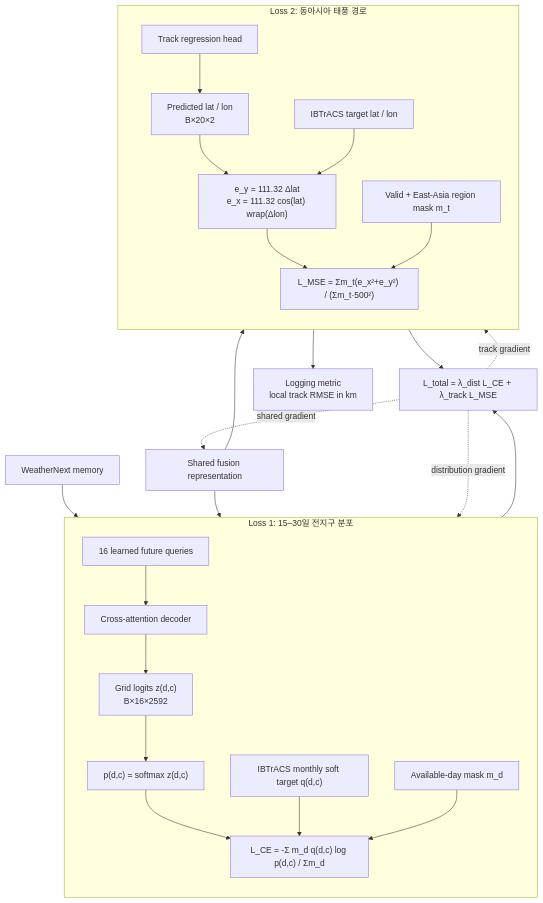
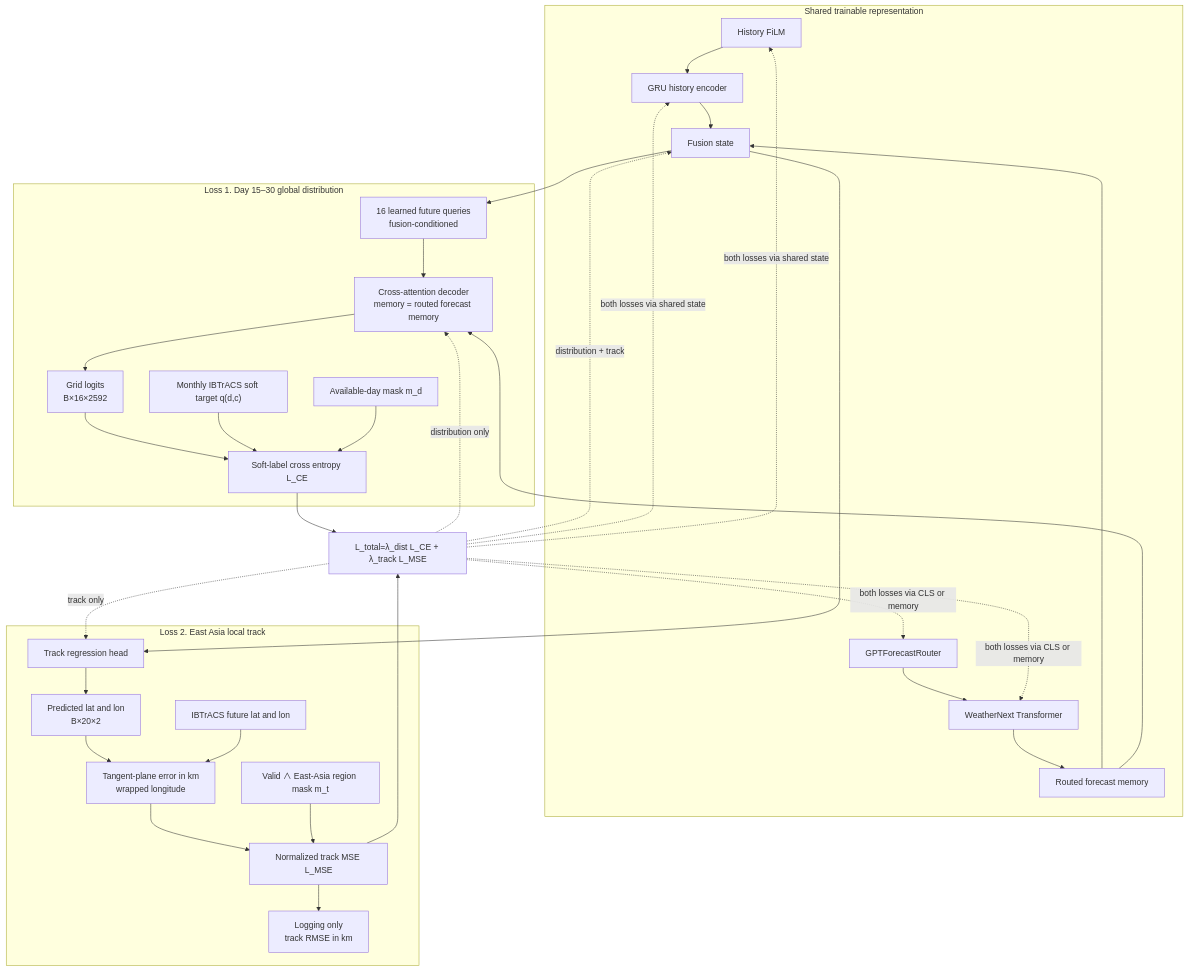
Before and after one commit to nayehyeon61-glitch/typnonn_preesure_data_loader: the diagram in struct-picture/04-dual-loss-training.md, drawn with Mermaid. The commit also changed other lines of this file and 11 other files, not shown here.

Commit message:
Align GPT router diagrams with implementation

````diff
--- a/struct-picture/04-dual-loss-training.md
+++ b/struct-picture/04-dual-loss-training.md
@@ -3,53 +3,64 @@
 ```mermaid
 flowchart TB
-    MEM["WeatherNext memory"]
-    FUSION["Shared fusion representation"]
-
-    subgraph DIST["Loss 1: 15–30일 전지구 분포"]
-        direction TB
-        QUERY["16 learned future queries"]
-        DEC["Cross-attention decoder"]
-        LOGIT["Grid logits z(d,c)<br/>B×16×2592"]
-        SOFTMAX["p(d,c) = softmax z(d,c)"]
-        QT["IBTrACS monthly soft target q(d,c)"]
-        DMASK["Available-day mask m_d"]
-        CE["L_CE = -Σ m_d q(d,c) log p(d,c) / Σm_d"]
+    subgraph SHARED["Shared trainable representation"]
+        FILM["History FiLM"]
+        GRU["GRU history encoder"]
+        ROUTER["GPTForecastRouter"]
+        TF["WeatherNext Transformer"]
+        MEM["Routed forecast memory"]
+        FUSION["Fusion state"]
     end
 
+    FILM --> GRU
+    ROUTER --> TF
+    TF --> MEM
+    GRU --> FUSION
+    MEM --> FUSION
+
+    subgraph DIST["Loss 1. Day 15–30 global distribution"]
+        QUERY["16 learned future queries<br/>fusion-conditioned"]
+        DEC["Cross-attention decoder<br/>memory = routed forecast memory"]
+        LOGIT["Grid logits<br/>B×16×2592"]
+        TARGET["Monthly IBTrACS soft target q(d,c)"]
+        DMASK["Available-day mask m_d"]
+        CE["Soft-label cross entropy L_CE"]
+    end
+
+    FUSION --> QUERY
     QUERY --> DEC
     MEM --> DEC
-    FUSION --> DEC
     DEC --> LOGIT
-    LOGIT --> SOFTMAX
-    SOFTMAX --> CE
-    QT --> CE
+    LOGIT --> CE
+    TARGET --> CE
     DMASK --> CE
 
-    subgraph TRACK["Loss 2: 동아시아 태풍 경로"]
-        direction TB
+    subgraph TRACK["Loss 2. East Asia local track"]
         HEAD["Track regression head"]
-        PRED["Predicted lat / lon<br/>B×20×2"]
-        TARGET["IBTrACS target lat / lon"]
-        TMASK["Valid + East-Asia region mask m_t"]
-        KM["e_y = 111.32 Δlat<br/>e_x = 111.32 cos(lat) wrap(Δlon)"]
-        MSE["L_MSE = Σm_t(e_x²+e_y²) / (Σm_t·500²)"]
+        PRED["Predicted lat and lon<br/>B×20×2"]
+        OBS["IBTrACS future lat and lon"]
+        TMASK["Valid ∧ East-Asia region mask m_t"]
+        KM["Tangent-plane error in km<br/>wrapped longitude"]
+        MSE["Normalized track MSE L_MSE"]
+        RMSE["Logging only<br/>track RMSE in km"]
     end
 
     FUSION --> HEAD
     HEAD --> PRED
     PRED --> KM
-    TARGET --> KM
+    OBS --> KM
     KM --> MSE
     TMASK --> MSE
+    MSE --> RMSE
 
-    TOTAL["L_total = λ_dist L_CE + λ_track L_MSE"]
-    METRIC["Logging metric<br/>local track RMSE in km"]
-
+    TOTAL["L_total=λ_dist L_CE + λ_track L_MSE"]
     CE --> TOTAL
     MSE --> TOTAL
-    MSE --> METRIC
 
-    TOTAL -. "distribution gradient" .-> DEC
-    TOTAL -. "track gradient" .-> HEAD
-    TOTAL -. "shared gradient" .-> FUSION
+    TOTAL -. "distribution + track" .-> FUSION
+    TOTAL -. "both losses via shared state" .-> GRU
+    TOTAL -. "both losses via shared state" .-> FILM
+    TOTAL -. "both losses via CLS or memory" .-> TF
+    TOTAL -. "both losses via CLS or memory" .-> ROUTER
+    TOTAL -. "distribution only" .-> DEC
+    TOTAL -. "track only" .-> HEAD
 ```
````
